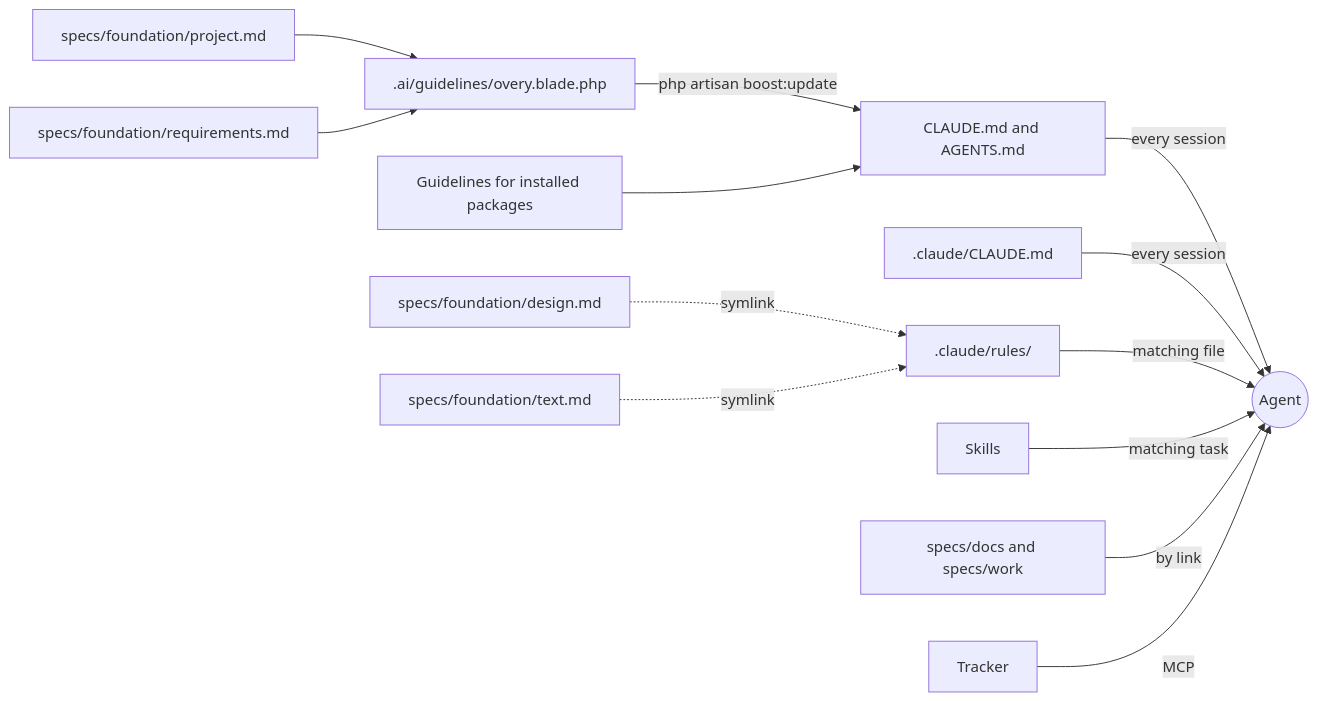
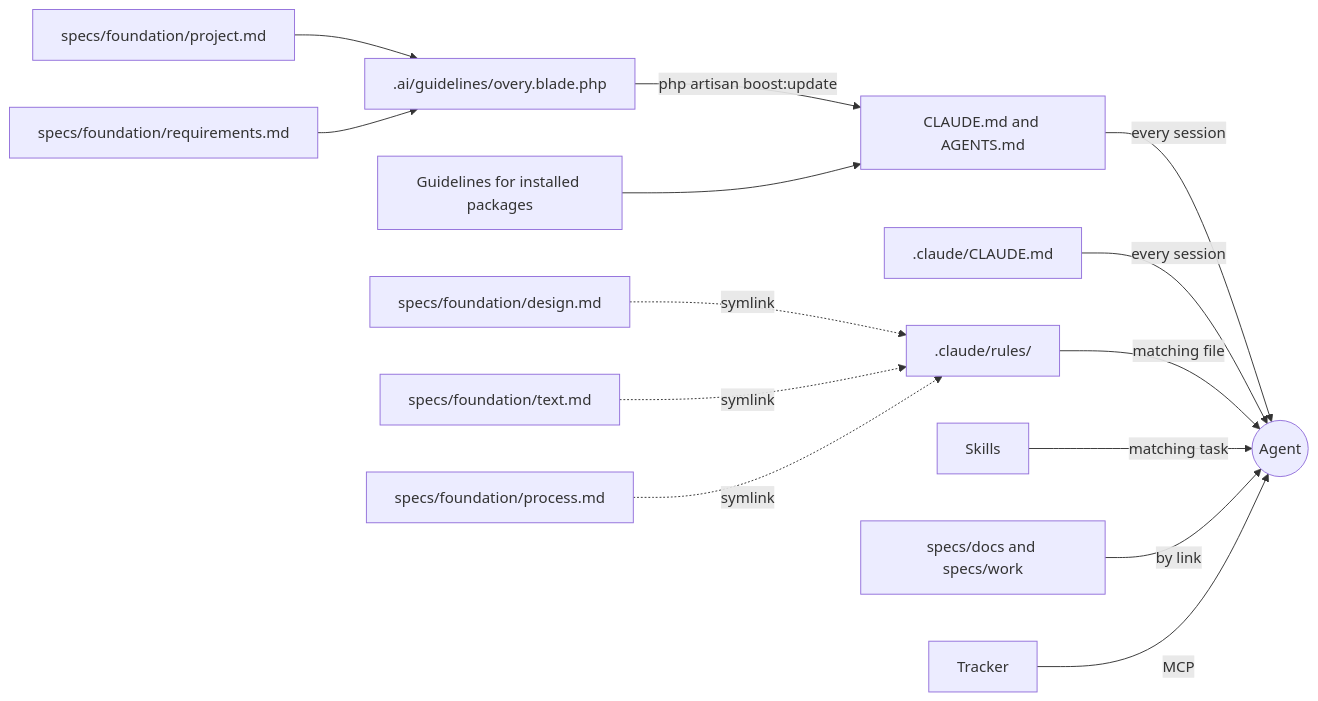
Before and after one commit to nickture/ai-native-laravel: the diagram in README.md, drawn with Mermaid. The commit also changed other lines of this file and 6 other files, not shown here.

First line of the commit message:
Add the process to the Foundation: from an idea to the main branch

````diff
--- a/README.md
+++ b/README.md
@@ -71,15 +73,16 @@
 ```mermaid
 flowchart LR
     P[specs/foundation/project.md] --> G[.ai/guidelines/overy.blade.php]
     R[specs/foundation/requirements.md] --> G
     G -- php artisan boost:update --> C[CLAUDE.md and AGENTS.md]
     L[Guidelines for installed packages] --> C
     C -- every session --> A((Agent))
     N[.claude/CLAUDE.md] -- every session --> A
     D[specs/foundation/design.md] -. symlink .-> X[.claude/rules/]
     T[specs/foundation/text.md] -. symlink .-> X
+    F[specs/foundation/process.md] -. symlink .-> X
     X -- matching file --> A
     S[Skills] -- matching task --> A
     W[specs/docs and specs/work] -- by link --> A
     K[Tracker] -- MCP --> A
 ```
````
